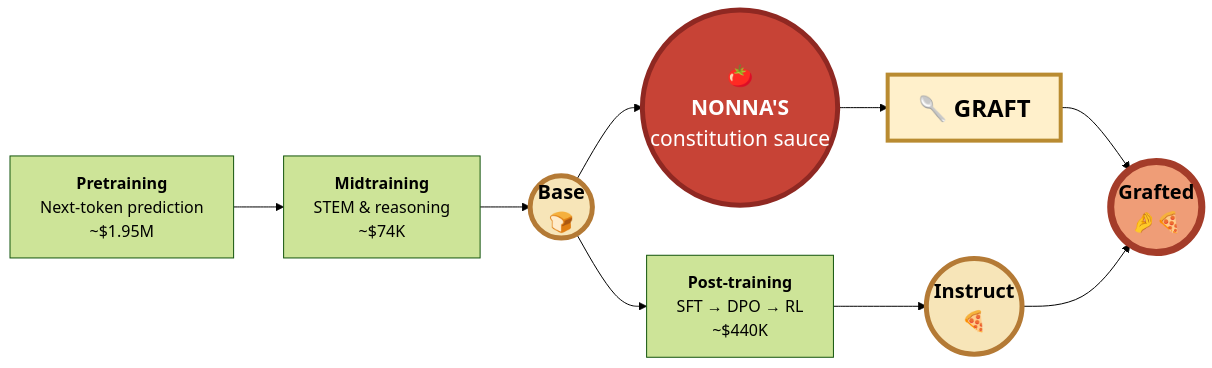
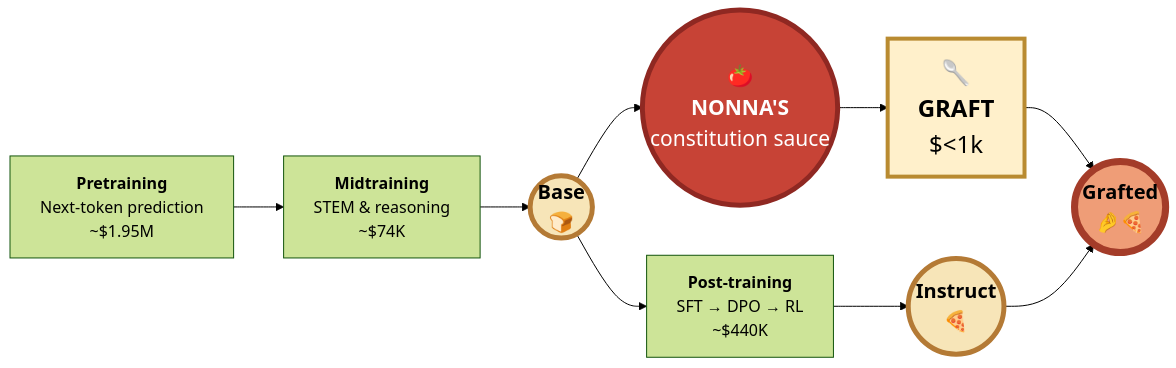
One commit to wassname/constitutional_grafting changed the second of 5 diagrams in README.md. Above: the diagram before and after it, drawn with Mermaid (forest theme). The commit also changed other lines of this file and 3 other files, not shown here.

````diff
--- a/README.md
+++ b/README.md
@@ -19,23 +19,23 @@
 ```mermaid
 flowchart LR
     P["<b>Pretraining</b><br/>Next-token prediction<br/>~$1.95M"]
     P --> M["<b>Midtraining</b><br/>STEM & reasoning<br/>~$74K"]
     M --> B(("<b>Base</b><br/>🍞"))
     B --> S["<b>Post-training</b><br/>SFT → DPO → RL<br/>~$440K"]
     S --> I(("<b>Instruct</b><br/>🍕"))
 
     B --> N(("🍅<br/><b>NONNA'S</b><br/>constitution sauce"))
-    N --> G["🥄 <b>GRAFT</b>"]
+    N --> G["🥄<br/><b>GRAFT</b><br/>$<1k"]
     G --> F(("<b>Grafted</b><br/>🤌🍕"))
     I --> F
 
     classDef model fill:#f7e5b8,stroke:#b47a35,stroke-width:5px,font-size:20px
     classDef sauce fill:#c74336,stroke:#8f2822,color:#ffffff,stroke-width:5px,font-size:21px
     classDef graft fill:#fff0cb,stroke:#b98b31,stroke-width:4px,font-size:24px
     classDef result fill:#ef9d77,stroke:#a43c29,stroke-width:7px,font-size:20px
 
     class B,I model
     class N sauce
     class G graft
     class F result
 ```
````
